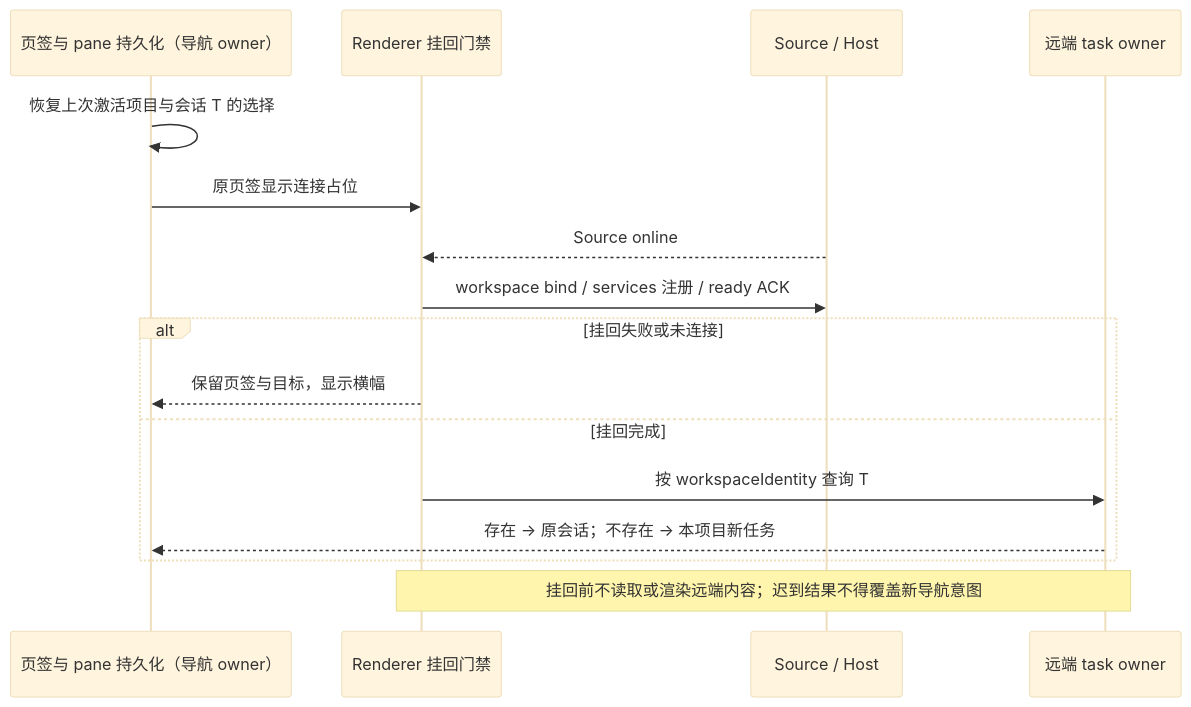
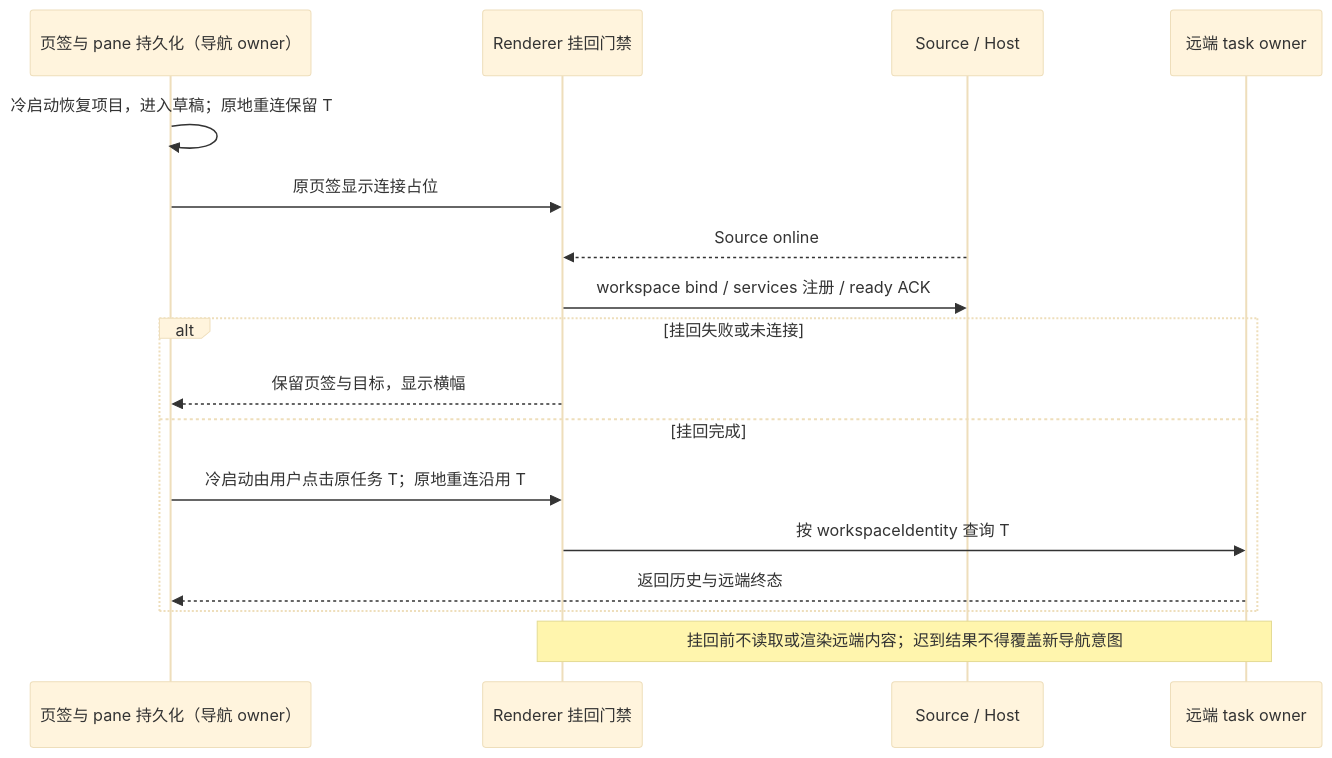
Before and after one commit to yuanbaobaoo/zcode-ohos: the second of 2 diagrams in docs/remote/project-first-remote-navigation-spec.md, drawn with Mermaid (base theme). The commit also changed other lines of this file and 5447 other files, not shown here.

````diff
--- a/docs/remote/project-first-remote-navigation-spec.md
+++ b/docs/remote/project-first-remote-navigation-spec.md
@@ -142,18 +169,19 @@
 ```mermaid
 sequenceDiagram
     participant P as 页签与 pane 持久化（导航 owner）
     participant R as Renderer 挂回门禁
     participant S as Source / Host
     participant T as 远端 task owner
-    P->>P: 恢复上次激活项目与会话 T 的选择
+    P->>P: 冷启动恢复项目，进入草稿；原地重连保留 T
     P->>R: 原页签显示连接占位
     S-->>R: Source online
     R->>S: workspace bind / services 注册 / ready ACK
     alt 挂回失败或未连接
         R-->>P: 保留页签与目标，显示横幅
     else 挂回完成
+        P->>R: 冷启动由用户点击原任务 T；原地重连沿用 T
         R->>T: 按 workspaceIdentity 查询 T
-        T-->>P: 存在 → 原会话；不存在 → 本项目新任务
+        T-->>P: 返回历史与远端终态
     end
     Note over R,T: 挂回前不读取或渲染远端内容；迟到结果不得覆盖新导航意图
 ```
````
